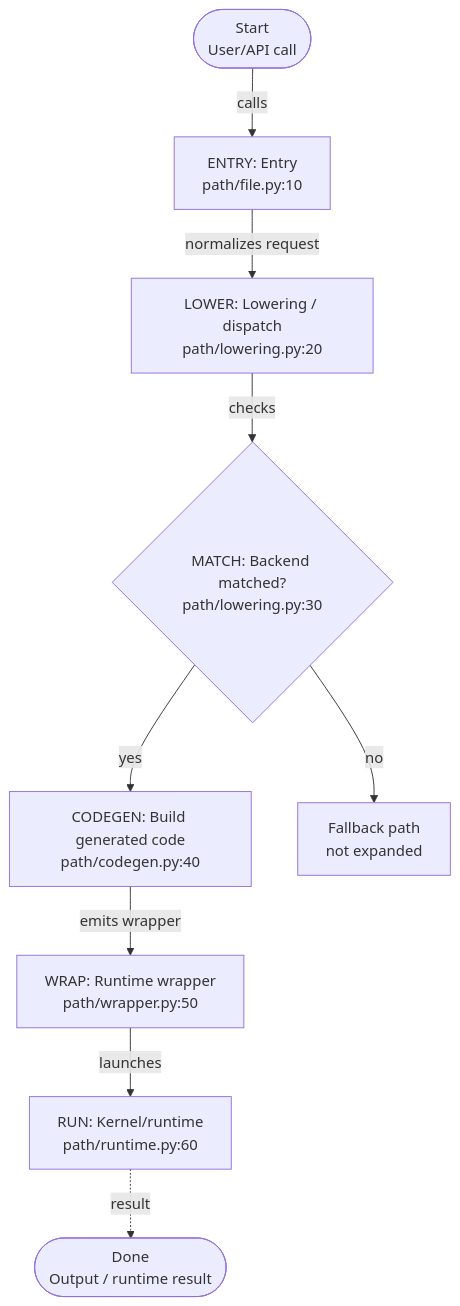
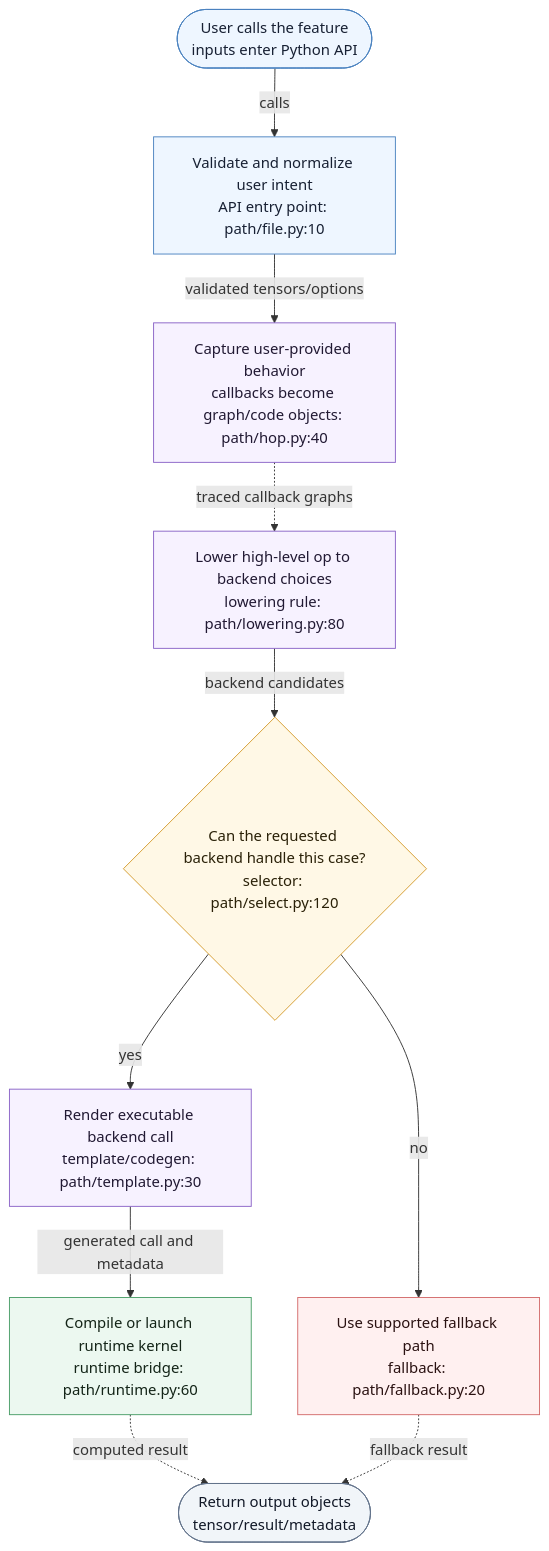
Before and after one commit to WanhaoZhang/agent-skills: the first of 2 diagrams in feature-code-tour/references/workflow.md, drawn with Mermaid. The commit also changed other lines of this file and 4 other files, not shown here.

````diff
--- a/feature-code-tour/references/workflow.md
+++ b/feature-code-tour/references/workflow.md
@@ -69,28 +95,44 @@
 ```mermaid
 flowchart TD
-    START(["Start<br/>User/API call"])
-    ENTRY["ENTRY: Entry<br/>path/file.py:10"]
-    LOWER["LOWER: Lowering / dispatch<br/>path/lowering.py:20"]
-    MATCH{"MATCH: Backend matched?<br/>path/lowering.py:30"}
-    CODEGEN["CODEGEN: Build generated code<br/>path/codegen.py:40"]
-    WRAP["WRAP: Runtime wrapper<br/>path/wrapper.py:50"]
-    RUN["RUN: Kernel/runtime<br/>path/runtime.py:60"]
-    FALLBACK["Fallback path<br/>not expanded"]
-    OUT(["Done<br/>Output / runtime result"])
+    START(["User calls the feature<br/>inputs enter Python API"])
 
-    START -->|calls| ENTRY
-    ENTRY -->|normalizes request| LOWER
-    LOWER -->|checks| MATCH
-    MATCH -- yes --> CODEGEN
-    MATCH -- no --> FALLBACK
-    CODEGEN -->|emits wrapper| WRAP
-    WRAP -->|launches| RUN
-    RUN -. result .-> OUT
+    API["Validate and normalize user intent<br/>API entry point: path/file.py:10"]
+    TRACE["Capture user-provided behavior<br/>callbacks become graph/code objects: path/hop.py:40"]
+    LOWER["Lower high-level op to backend choices<br/>lowering rule: path/lowering.py:80"]
+    SELECT{"Can the requested backend handle this case?<br/>selector: path/select.py:120"}
+    TEMPLATE["Render executable backend call<br/>template/codegen: path/template.py:30"]
+    RUNTIME["Compile or launch runtime kernel<br/>runtime bridge: path/runtime.py:60"]
+    FALLBACK["Use supported fallback path<br/>fallback: path/fallback.py:20"]
+    OUT(["Return output objects<br/>tensor/result/metadata"])
 
-    click ENTRY "vscode://file/<absolute-path>/path/file.py:10:1"
-    click LOWER "vscode://file/<absolute-path>/path/lowering.py:20:1"
-    click MATCH "vscode://file/<absolute-path>/path/lowering.py:30:1"
-    click CODEGEN "vscode://file/<absolute-path>/path/codegen.py:40:1"
-    click WRAP "vscode://file/<absolute-path>/path/wrapper.py:50:1"
-    click RUN "vscode://file/<absolute-path>/path/runtime.py:60:1"
+    START -->|calls| API
+    API -->|validated tensors/options| TRACE
+    TRACE -. traced callback graphs .-> LOWER
+    LOWER -->|backend candidates| SELECT
+    SELECT -- yes --> TEMPLATE
+    SELECT -- no --> FALLBACK
+    TEMPLATE -->|generated call and metadata| RUNTIME
+    RUNTIME -. computed result .-> OUT
+    FALLBACK -. fallback result .-> OUT
+
+    classDef entry fill:#eef6ff,stroke:#4b83c0,color:#172033
+    classDef transform fill:#f7f2ff,stroke:#8a63c7,color:#211933
+    classDef decision fill:#fff8e6,stroke:#d49a2a,color:#2a2108
+    classDef backend fill:#ecf8f0,stroke:#4a9d67,color:#132417
+    classDef fallback fill:#fff0f0,stroke:#d36b6b,color:#2a1111
+    classDef output fill:#f1f5f9,stroke:#64748b,color:#111827
+
+    class START,API entry
+    class TRACE,LOWER,TEMPLATE transform
+    class SELECT decision
+    class RUNTIME backend
+    class FALLBACK fallback
+    class OUT output
+
+    click API "vscode://file/<absolute-path>/path/file.py:10:1"
+    click TRACE "vscode://file/<absolute-path>/path/hop.py:40:1"
+    click LOWER "vscode://file/<absolute-path>/path/lowering.py:80:1"
+    click SELECT "vscode://file/<absolute-path>/path/select.py:120:1"
+    click TEMPLATE "vscode://file/<absolute-path>/path/template.py:30:1"
+    click RUNTIME "vscode://file/<absolute-path>/path/runtime.py:60:1"
 ```
````
